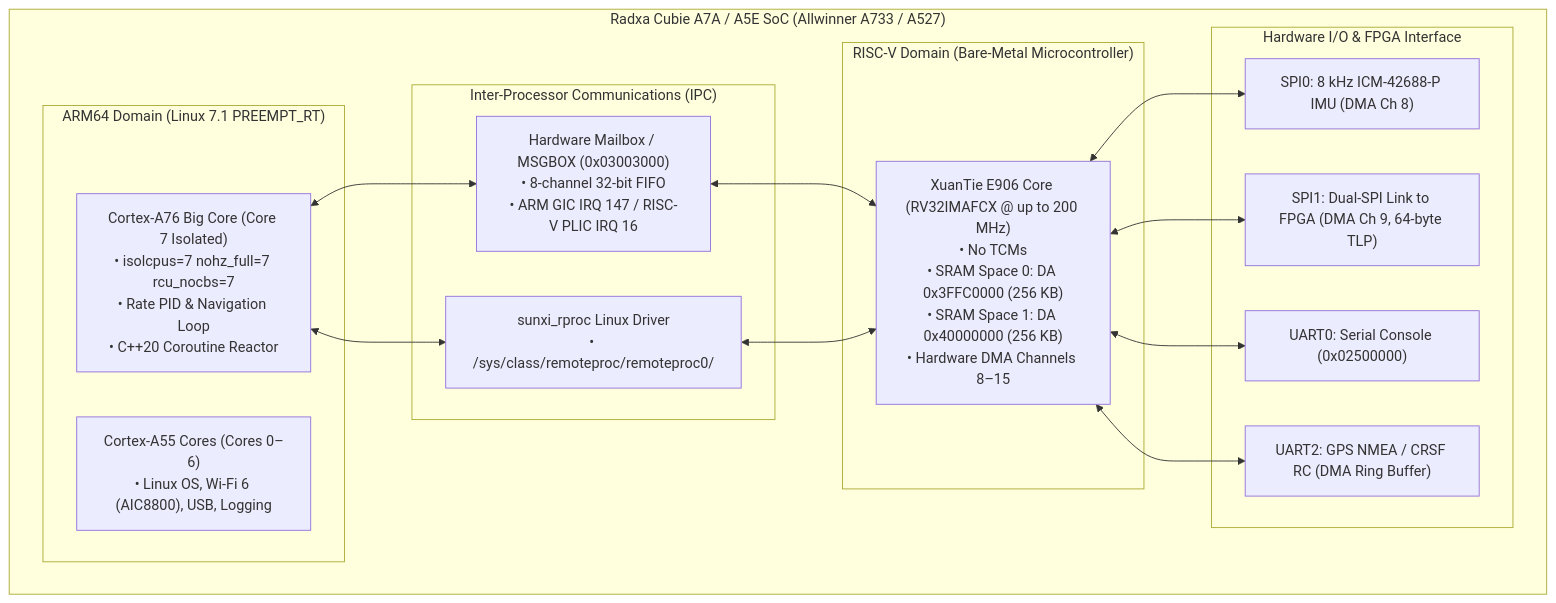
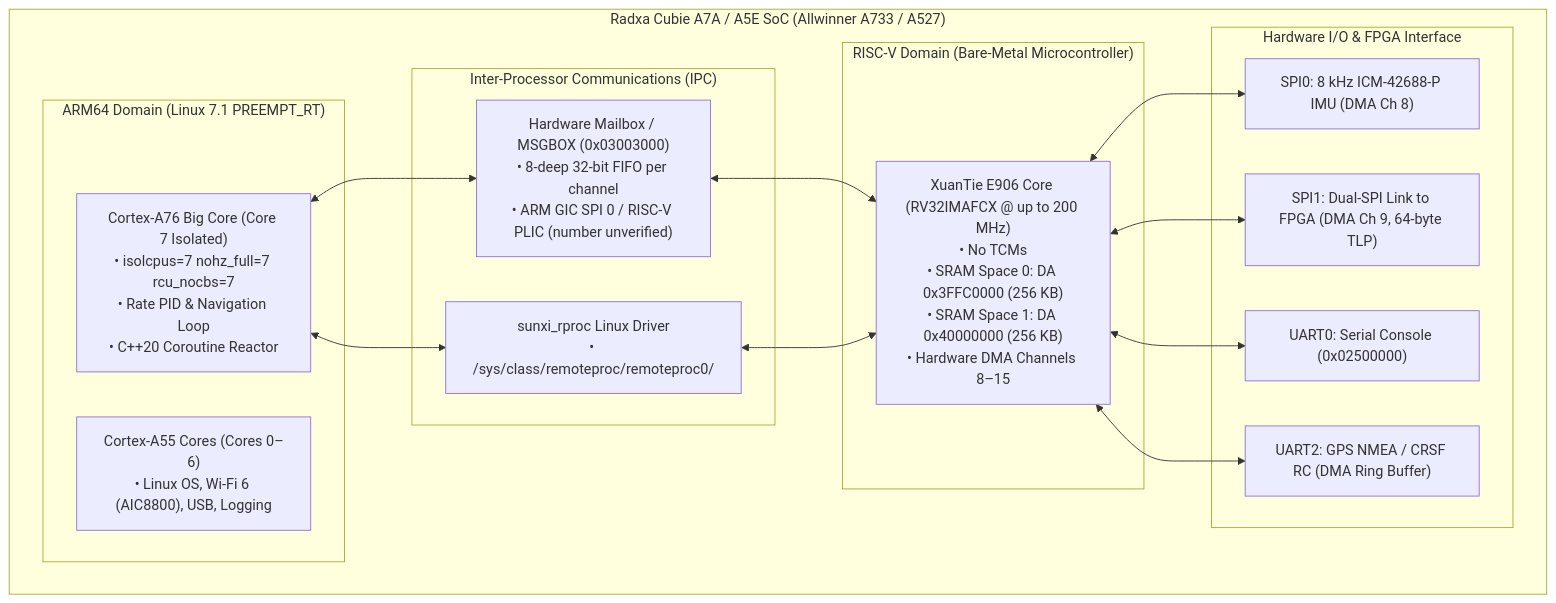
One commit to tcmichals/cubie-a5e changed the diagram in docs/HETEROGENEOUS_AVIONICS_ARCHITECTURE.md. Above: the diagram before and after it, drawn with Mermaid. The commit also changed other lines of this file and 34 other files, not shown here.

````diff
--- a/docs/HETEROGENEOUS_AVIONICS_ARCHITECTURE.md
+++ b/docs/HETEROGENEOUS_AVIONICS_ARCHITECTURE.md
@@ -14,34 +14,34 @@
 ```mermaid
 flowchart TB
     subgraph "Radxa Cubie A7A / A5E SoC (Allwinner A733 / A527)"
         subgraph "ARM64 Domain (Linux 7.1 PREEMPT_RT)"
             C7["Cortex-A76 Big Core (Core 7 Isolated)<br/>• isolcpus=7 nohz_full=7 rcu_nocbs=7<br/>• Rate PID & Navigation Loop<br/>• C++20 Coroutine Reactor"]
             C06["Cortex-A55 Cores (Cores 0–6)<br/>• Linux OS, Wi-Fi 6 (AIC8800), USB, Logging"]
         end
 
         subgraph "RISC-V Domain (Bare-Metal Microcontroller)"
             E906["XuanTie E906 Core (RV32IMAFCX @ up to 200 MHz)<br/>• No TCMs<br/>• SRAM Space 0: DA 0x3FFC0000 (256 KB)<br/>• SRAM Space 1: DA 0x40000000 (256 KB)<br/>• Hardware DMA Channels 8–15"]
         end
 
         subgraph "Inter-Processor Communications (IPC)"
-            MSGBOX["Hardware Mailbox / MSGBOX (0x03003000)<br/>• 8-channel 32-bit FIFO<br/>• ARM GIC IRQ 147 / RISC-V PLIC IRQ 16"]
+            MSGBOX["Hardware Mailbox / MSGBOX (0x03003000)<br/>• 8-deep 32-bit FIFO per channel<br/>• ARM GIC SPI 0 / RISC-V PLIC (number unverified)"]
             RPROC["sunxi_rproc Linux Driver<br/>• /sys/class/remoteproc/remoteproc0/"]
         end
 
         subgraph "Hardware I/O & FPGA Interface"
             SPI0["SPI0: 8 kHz ICM-42688-P IMU (DMA Ch 8)"]
             SPI1["SPI1: Dual-SPI Link to FPGA (DMA Ch 9, 64-byte TLP)"]
             UART0["UART0: Serial Console (0x02500000)"]
             UART2["UART2: GPS NMEA / CRSF RC (DMA Ring Buffer)"]
         end
     end
 
     C7 <--> MSGBOX
     MSGBOX <--> E906
     E906 <--> SPI0
     E906 <--> SPI1
     E906 <--> UART0
     E906 <--> UART2
     C7 <--> RPROC
     RPROC <--> E906
 ```
````
